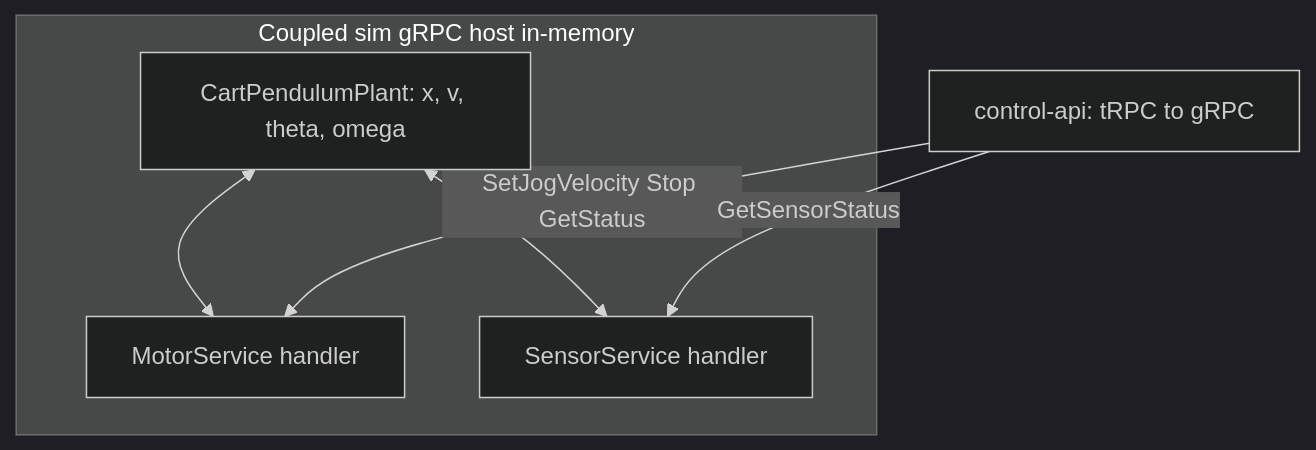
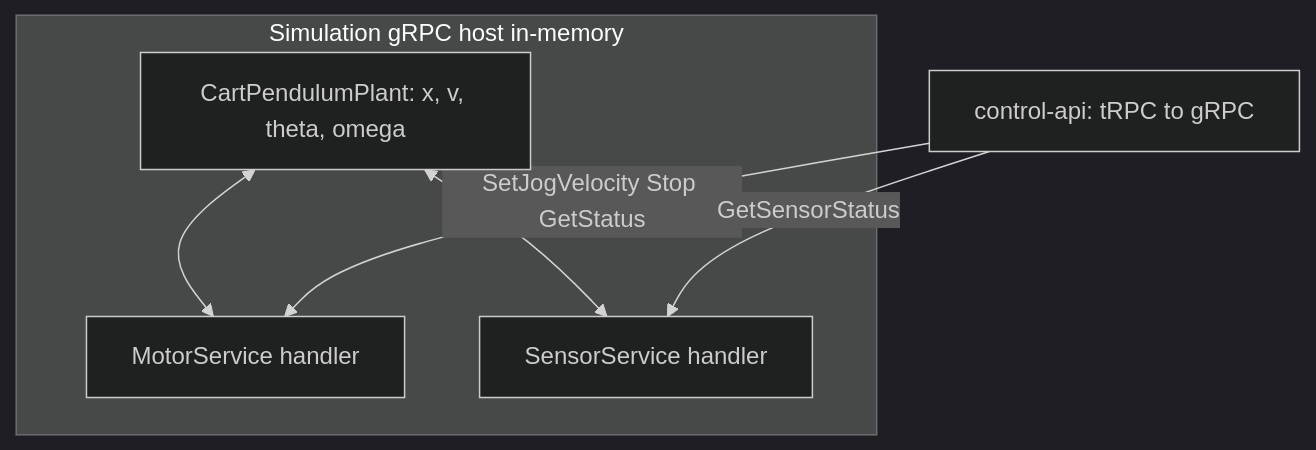
One commit to SamuelC54/real-pendulum-2 changed the second of 2 diagrams in docs/simulation-and-bench.md. Above: the diagram before and after it, drawn with Mermaid (dark theme). The commit also changed other lines of this file and 41 other files, not shown here.

First line of the commit message:
Rename coupled-sim to simulation across the codebase.

````diff
--- a/docs/simulation-and-bench.md
+++ b/docs/simulation-and-bench.md
@@ -109,13 +109,13 @@
 ```mermaid
 flowchart TB
-  subgraph sim [Coupled sim gRPC host in-memory]
+  subgraph sim [Simulation gRPC host in-memory]
     P["CartPendulumPlant: x, v, theta, omega"]
     M[MotorService handler]
     S[SensorService handler]
     P <--> M
     P <--> S
   end
   API["control-api: tRPC to gRPC"]
   API -->|SetJogVelocity Stop GetStatus| M
   API -->|GetSensorStatus| S
 ```
````
